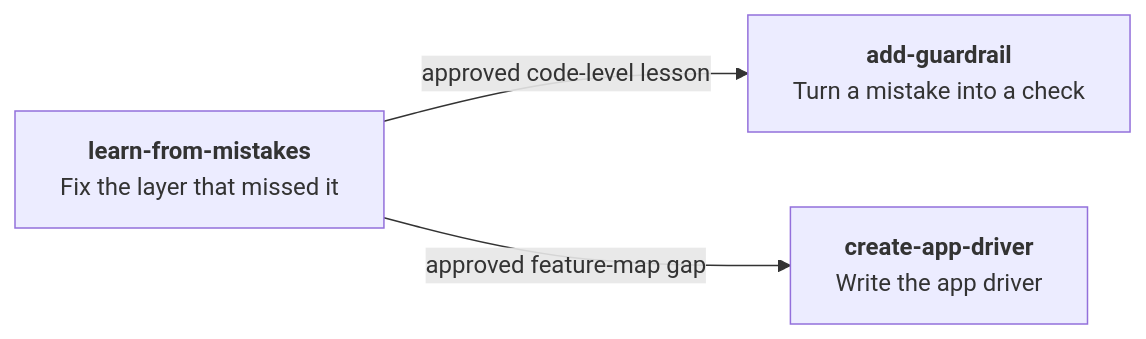
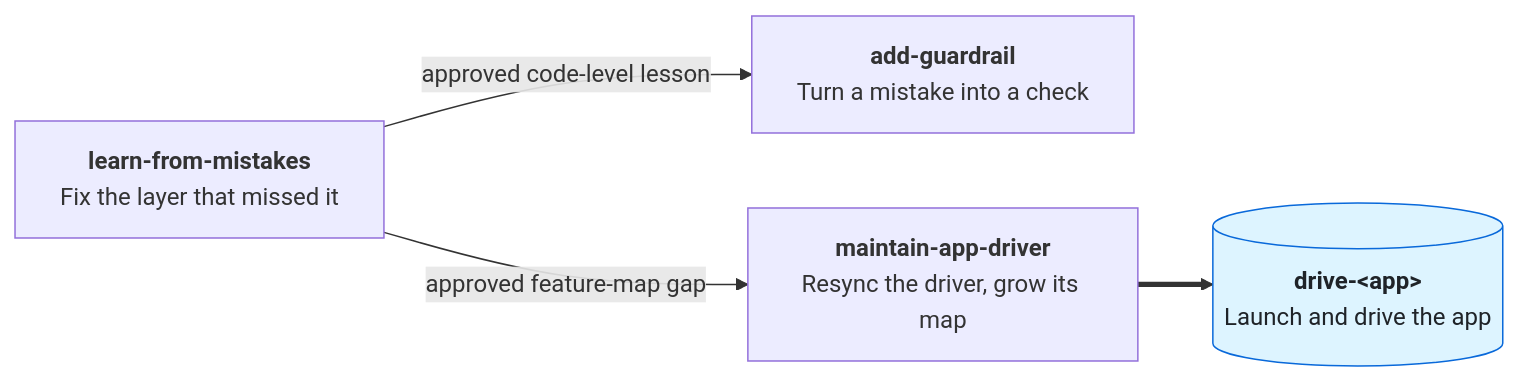
Before and after one commit to Ilian-Allaf/skillstack: diagram 13 of 13 in skills/GRAPH.md, drawn with Mermaid. The commit also changed other lines of this file and 24 other files, not shown here.

First line of the commit message:
Grow the feature map by maintenance, as pstack does

````diff
--- a/skills/GRAPH.md
+++ b/skills/GRAPH.md
@@ -459,11 +459,16 @@
 ```mermaid
 flowchart LR
   learn["<b>learn-from-mistakes</b><br/>Fix the layer that missed it"]
   guard["<b>add-guardrail</b><br/>Turn a mistake into a check"]
-  driver["<b>create-app-driver</b><br/>Write the app driver"]
+  maintaindriver["<b>maintain-app-driver</b><br/>Resync the driver, grow its map"]
+  drive[("<b>drive-#lt;app#gt;</b><br/>Launch and drive the app")]
 
   learn -->|approved code-level lesson| guard
-  learn -->|approved feature-map gap| driver
+  learn -->|approved feature-map gap| maintaindriver
+  maintaindriver ==> drive
 
-  click driver href "https://github.com/Ilian-Allaf/skillstack/blob/master/skills/GRAPH.md#9-building-the-projects-tools" _top
+  classDef tool fill:#ddf4ff,stroke:#0969da,color:#1f2328
+  class drive tool
+
+  click drive href "https://github.com/Ilian-Allaf/skillstack/blob/master/skills/GRAPH.md#10-using-the-projects-tools" _top
 ```
````
